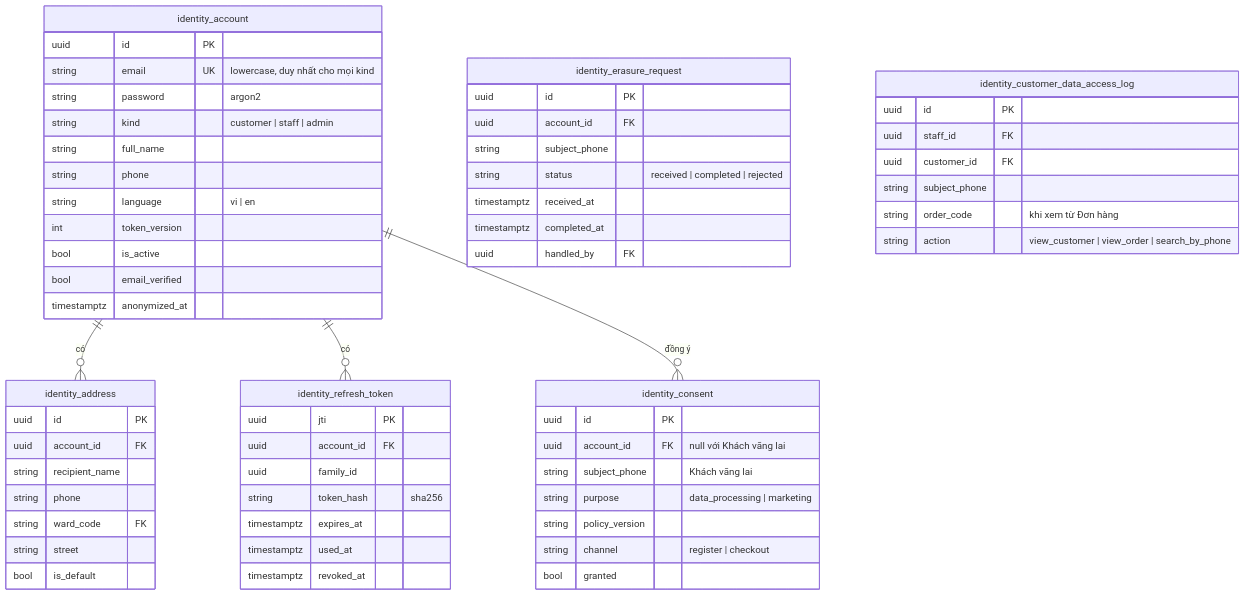
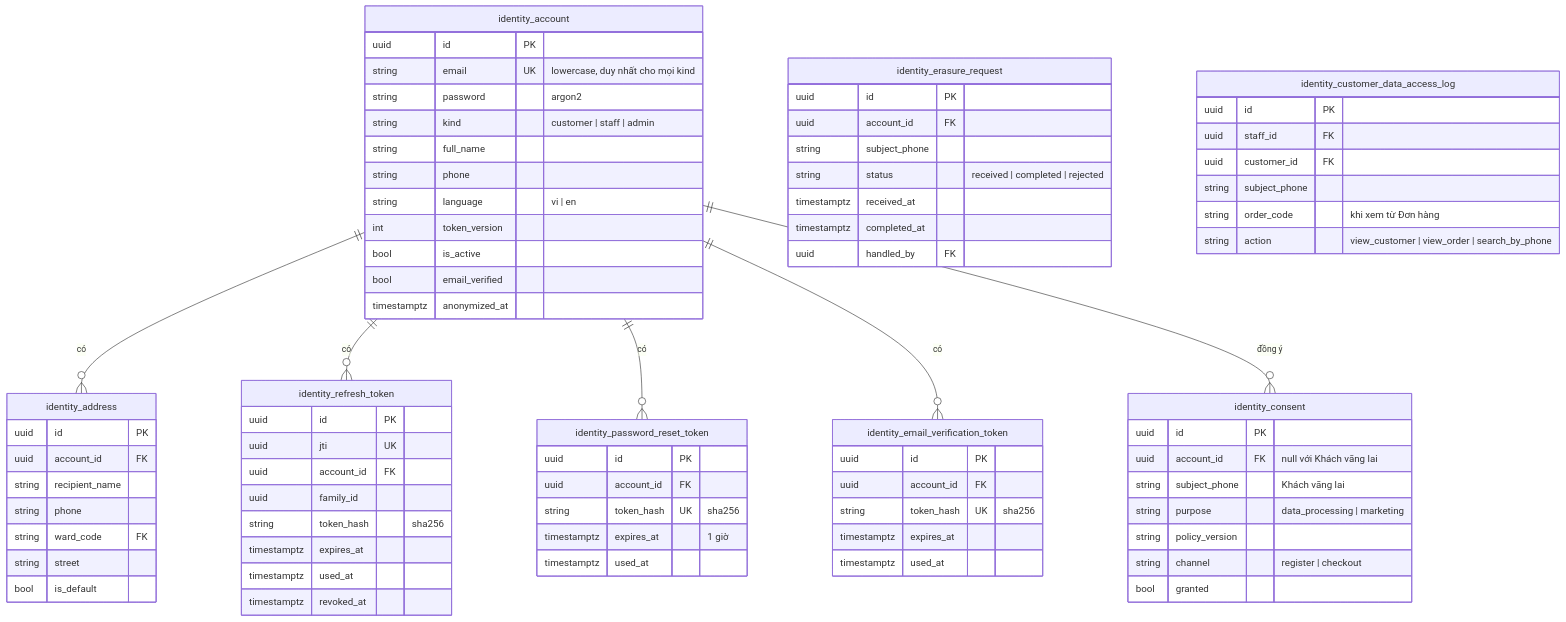
The second of 9 diagrams in docs/architecture/03-data-model.md (LuongCongThanh/boilerplate-ecommerce-next-16), drawn with Mermaid before and after one commit. The commit also changed other lines of this file and 16 other files, not shown here.

First line of the commit message:
docs: fix architecture gaps in locking, idempotency, tasks and API ownership

````diff
--- a/docs/architecture/03-data-model.md
+++ b/docs/architecture/03-data-model.md
@@ -58,63 +67,80 @@
 ```mermaid
 erDiagram
     identity_account ||--o{ identity_address : "có"
     identity_account ||--o{ identity_refresh_token : "có"
+    identity_account ||--o{ identity_password_reset_token : "có"
+    identity_account ||--o{ identity_email_verification_token : "có"
     identity_account ||--o{ identity_consent : "đồng ý"
     identity_account {
         uuid id PK
         string email UK "lowercase, duy nhất cho mọi kind"
         string password "argon2"
         string kind "customer | staff | admin"
         string full_name
         string phone
         string language "vi | en"
         int token_version
         bool is_active
         bool email_verified
         timestamptz anonymized_at
     }
     identity_address {
         uuid id PK
         uuid account_id FK
         string recipient_name
         string phone
         string ward_code FK
         string street
         bool is_default
     }
     identity_refresh_token {
-        uuid jti PK
+        uuid id PK
+        uuid jti UK
         uuid account_id FK
         uuid family_id
         string token_hash "sha256"
         timestamptz expires_at
         timestamptz used_at
         timestamptz revoked_at
+    }
+    identity_password_reset_token {
+        uuid id PK
+        uuid account_id FK
+        string token_hash UK "sha256"
+        timestamptz expires_at "1 giờ"
+        timestamptz used_at
+    }
+    identity_email_verification_token {
+        uuid id PK
+        uuid account_id FK
+        string token_hash UK "sha256"
+        timestamptz expires_at
+        timestamptz used_at
     }
     identity_consent {
         uuid id PK
         uuid account_id FK "null với Khách vãng lai"
         string subject_phone "Khách vãng lai"
         string purpose "data_processing | marketing"
         string policy_version
         string channel "register | checkout"
         bool granted
     }
     identity_erasure_request {
         uuid id PK
         uuid account_id FK
         string subject_phone
         string status "received | completed | rejected"
         timestamptz received_at
         timestamptz completed_at
         uuid handled_by FK
     }
     identity_customer_data_access_log {
         uuid id PK
         uuid staff_id FK
         uuid customer_id FK
         string subject_phone
         string order_code "khi xem từ Đơn hàng"
         string action "view_customer | view_order | search_by_phone"
     }
 ```
````
